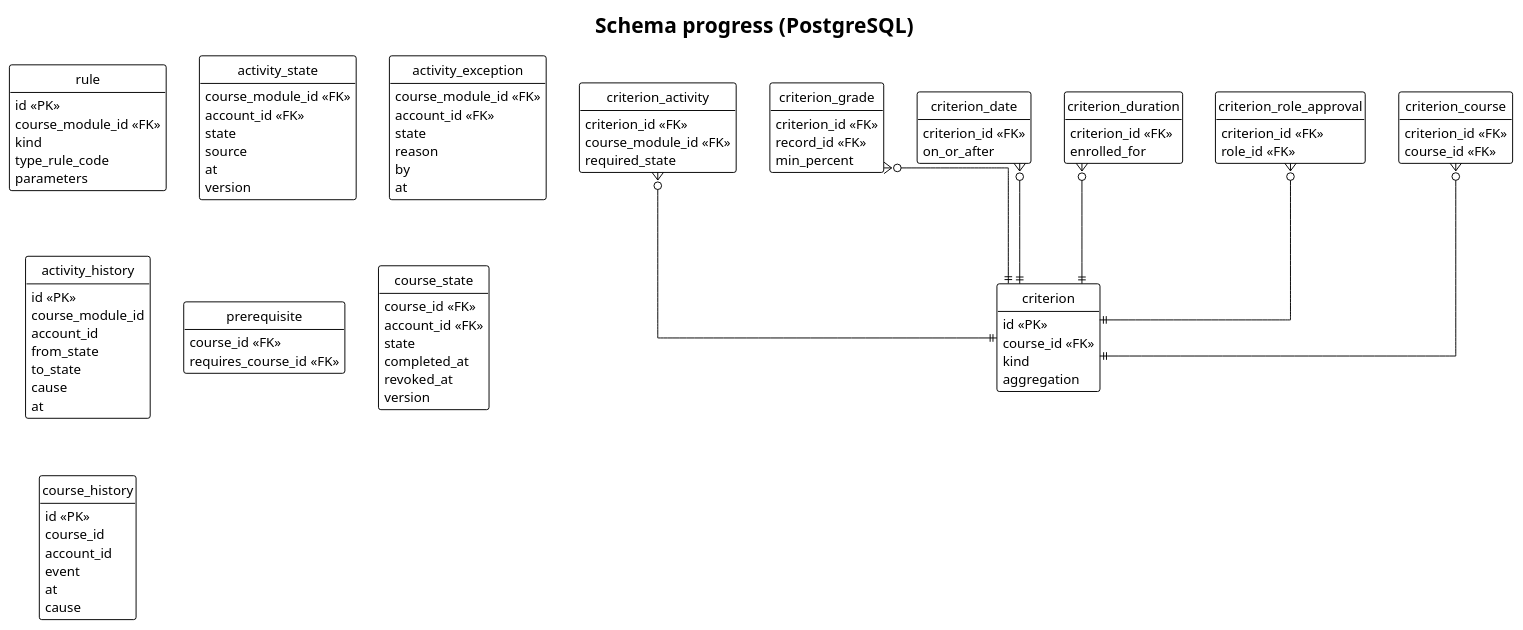
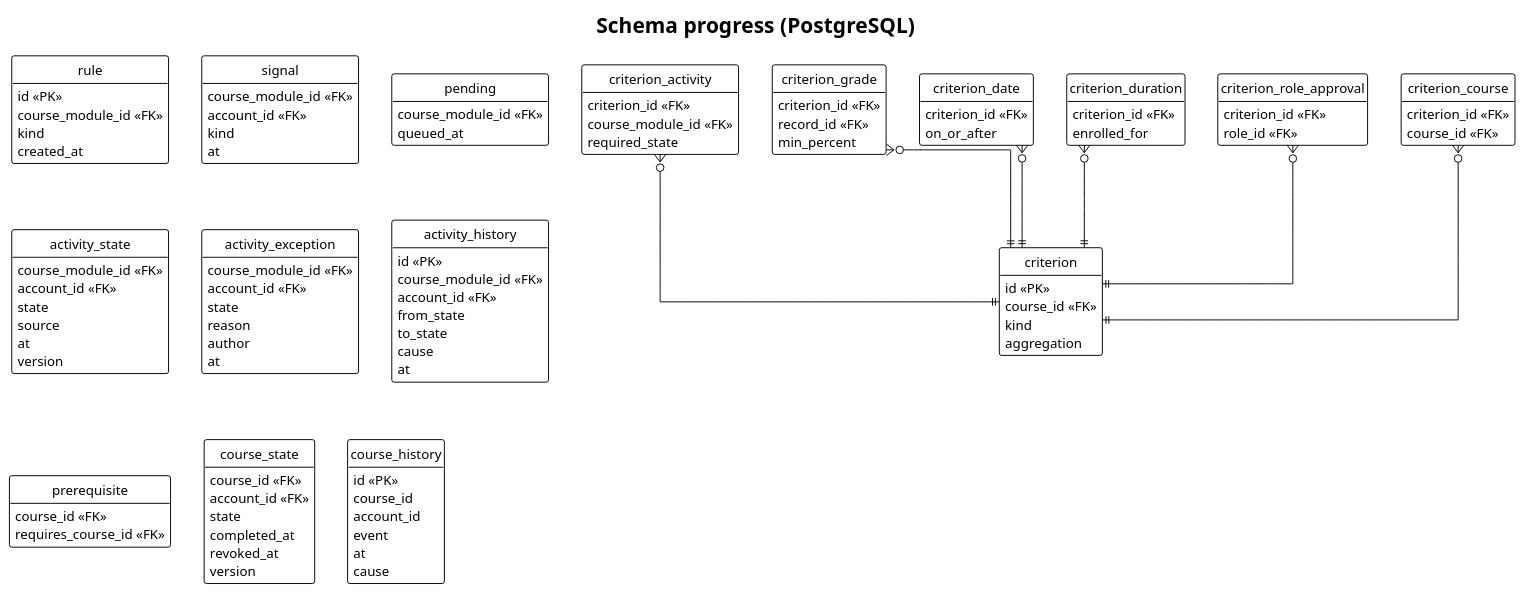
One commit to didactika/kampus changed the diagram in docs/03-design/data-model/progress.puml. Above: the diagram before and after it, drawn with PlantUML. The commit also changed 39 other files, not shown here.

```diff
--- a/docs/03-design/data-model/progress.puml
+++ b/docs/03-design/data-model/progress.puml
@@ -1,99 +1,108 @@
 @startuml
 !theme plain
 hide empty members
 hide circle
 skinparam linetype ortho
 title Schema progress (PostgreSQL)
 
 entity rule {
   id <<PK>>
   course_module_id <<FK>>
   kind
-  type_rule_code
-  parameters
+  created_at
+}
+entity signal {
+  course_module_id <<FK>>
+  account_id <<FK>>
+  kind
+  at
+}
+entity pending {
+  course_module_id <<FK>>
+  queued_at
 }
 entity activity_state {
   course_module_id <<FK>>
   account_id <<FK>>
   state
   source
   at
   version
 }
 entity activity_exception {
   course_module_id <<FK>>
   account_id <<FK>>
   state
   reason
-  by
+  author
   at
 }
 entity activity_history {
   id <<PK>>
-  course_module_id
-  account_id
+  course_module_id <<FK>>
+  account_id <<FK>>
   from_state
   to_state
   cause
   at
 }
 entity criterion {
   id <<PK>>
   course_id <<FK>>
   kind
   aggregation
 }
 entity criterion_activity {
   criterion_id <<FK>>
   course_module_id <<FK>>
   required_state
 }
 entity criterion_grade {
   criterion_id <<FK>>
   record_id <<FK>>
   min_percent
 }
 entity criterion_date {
   criterion_id <<FK>>
   on_or_after
 }
 entity criterion_duration {
   criterion_id <<FK>>
   enrolled_for
 }
 entity criterion_role_approval {
   criterion_id <<FK>>
   role_id <<FK>>
 }
 entity criterion_course {
   criterion_id <<FK>>
   course_id <<FK>>
 }
 entity prerequisite {
   course_id <<FK>>
   requires_course_id <<FK>>
 }
 entity course_state {
   course_id <<FK>>
   account_id <<FK>>
   state
   completed_at
   revoked_at
   version
 }
 entity course_history {
   id <<PK>>
   course_id
   account_id
   event
   at
   cause
 }
 
 criterion_activity }o--|| criterion
 criterion_grade }o--|| criterion
 criterion_date }o--|| criterion
 criterion_duration }o--|| criterion
 criterion_role_approval }o--|| criterion
 criterion_course }o--|| criterion
 @enduml
```
